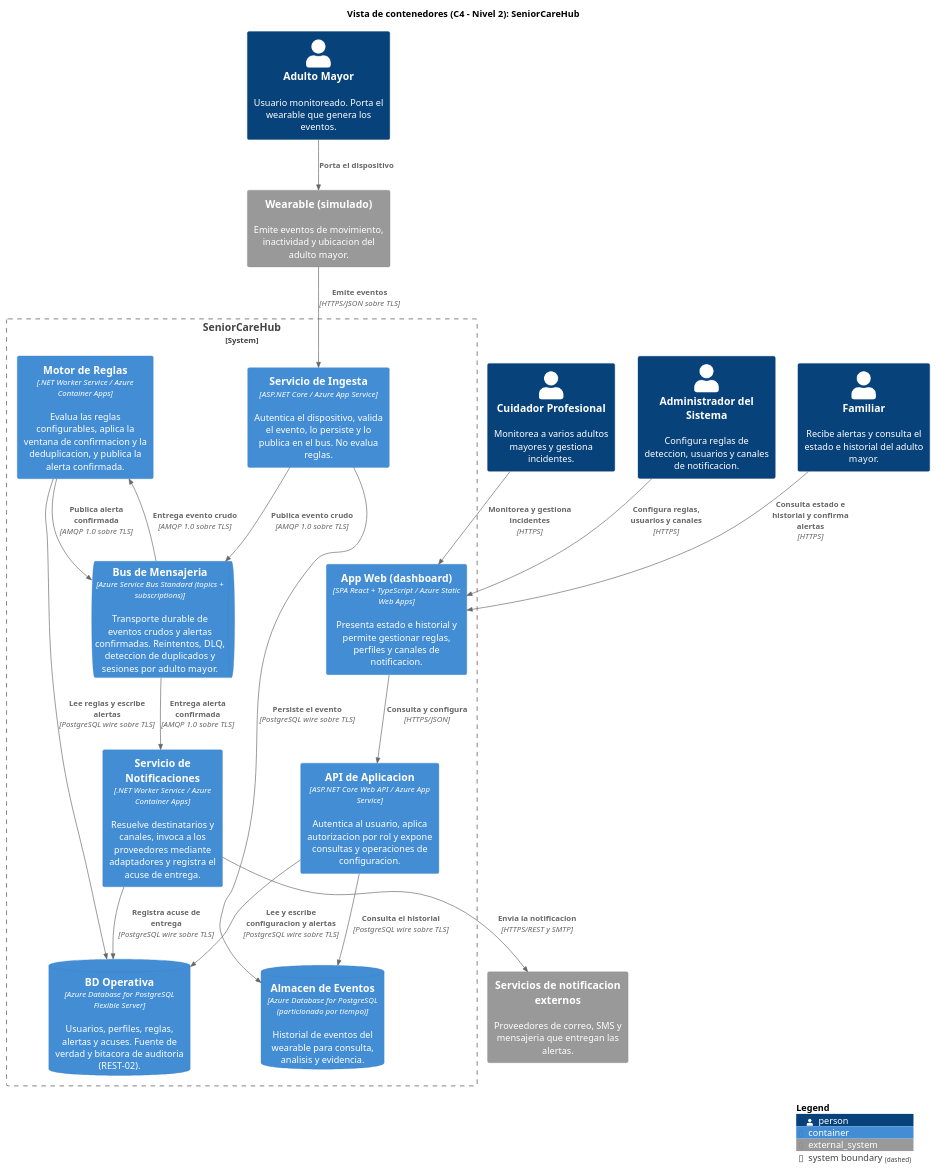
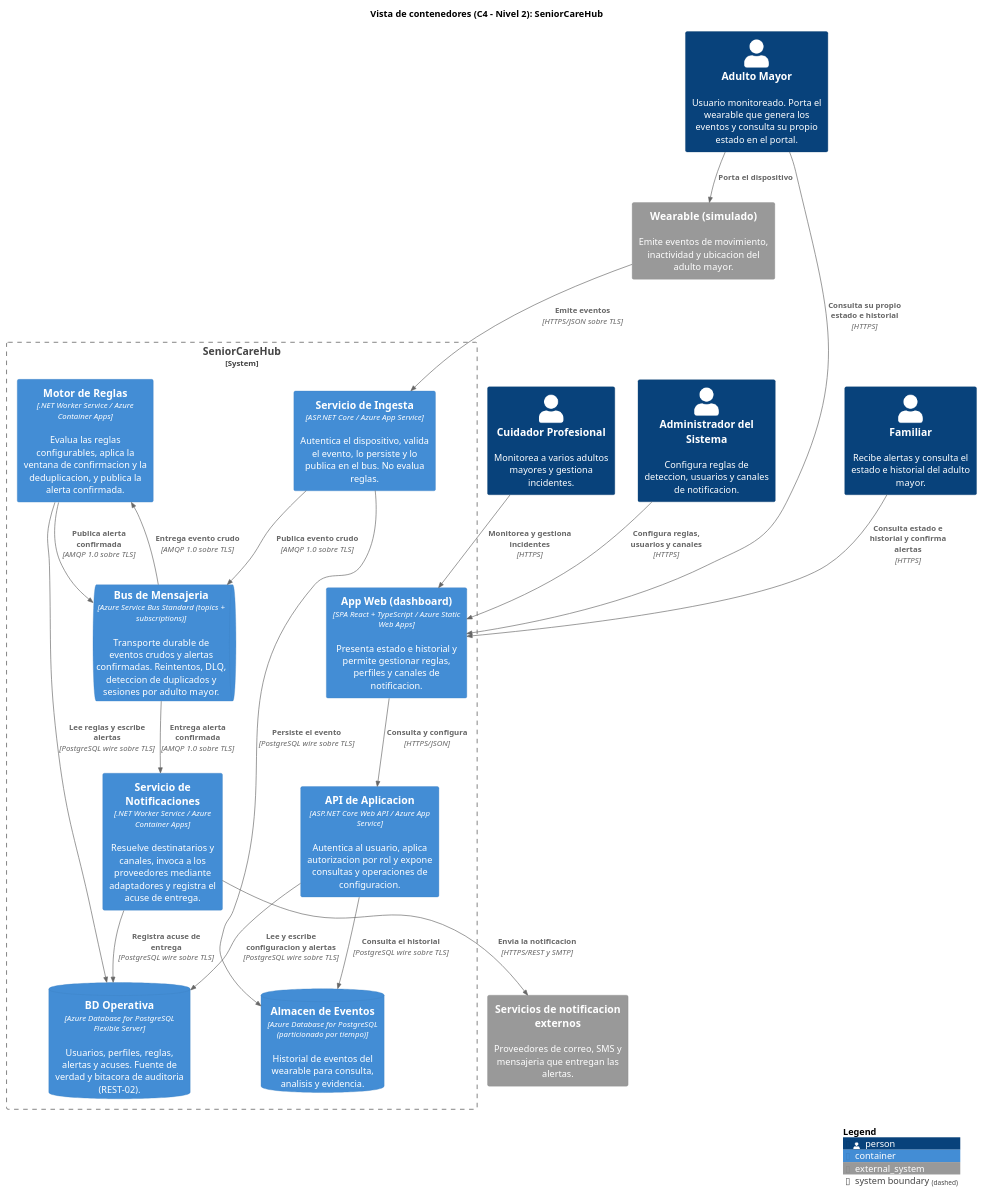
One commit to pswe04-seniorcarehub/pswe04-senior-care-hub-c2-2026 changed the diagram in diagramas/c4-contenedores.puml. Above: the diagram before and after it, drawn with PlantUML. The commit also changed 1 other file, not shown here.

Commit message:
docs(vista-contenedores): mejorar legibilidad del diagrama y corregir relacion del adulto mayor

```diff
--- a/diagramas/c4-contenedores.puml
+++ b/diagramas/c4-contenedores.puml
@@ -1,56 +1,57 @@
 @startuml c4-contenedores-seniorcarehub
 ' =====================================================================
 ' SeniorCareHub - Vista de contenedores (C4 - Nivel 2)
 ' PSWE-04 - Avance 2 (S11)
 ' Render: PlantUML + extension C4-PlantUML (se incluye de forma remota)
 ' =====================================================================
 !include https://raw.githubusercontent.com/plantuml-stdlib/C4-PlantUML/master/C4_Container.puml
 
 title Vista de contenedores (C4 - Nivel 2): SeniorCareHub
 
 ' ---------------------- Actores ----------------------
-Person(adultoMayor, "Adulto Mayor", "Usuario monitoreado. Porta el wearable que genera los eventos.")
+Person(adultoMayor, "Adulto Mayor", "Usuario monitoreado. Porta el wearable que genera los eventos y consulta su propio estado en el portal.")
 Person(familiar, "Familiar", "Recibe alertas y consulta el estado e historial del adulto mayor.")
 Person(cuidador, "Cuidador Profesional", "Monitorea a varios adultos mayores y gestiona incidentes.")
 Person(admin, "Administrador del Sistema", "Configura reglas de deteccion, usuarios y canales de notificacion.")
 
 ' ---------------------- Sistemas externos ----------------------
 System_Ext(wearable, "Wearable (simulado)", "Emite eventos de movimiento, inactividad y ubicacion del adulto mayor.")
 System_Ext(notif, "Servicios de notificacion externos", "Proveedores de correo, SMS y mensajeria que entregan las alertas.")
 
 ' ---------------------- Contenedores ----------------------
 System_Boundary(sch, "SeniorCareHub") {
     Container(webapp, "App Web (dashboard)", "SPA React + TypeScript / Azure Static Web Apps", "Presenta estado e historial y permite gestionar reglas, perfiles y canales de notificacion.")
     Container(api, "API de Aplicacion", "ASP.NET Core Web API / Azure App Service", "Autentica al usuario, aplica autorizacion por rol y expone consultas y operaciones de configuracion.")
     Container(ingesta, "Servicio de Ingesta", "ASP.NET Core / Azure App Service", "Autentica el dispositivo, valida el evento, lo persiste y lo publica en el bus. No evalua reglas.")
     ContainerQueue(bus, "Bus de Mensajeria", "Azure Service Bus Standard (topics + subscriptions)", "Transporte durable de eventos crudos y alertas confirmadas. Reintentos, DLQ, deteccion de duplicados y sesiones por adulto mayor.")
     Container(reglas, "Motor de Reglas", ".NET Worker Service / Azure Container Apps", "Evalua las reglas configurables, aplica la ventana de confirmacion y la deduplicacion, y publica la alerta confirmada.")
     Container(notificaciones, "Servicio de Notificaciones", ".NET Worker Service / Azure Container Apps", "Resuelve destinatarios y canales, invoca a los proveedores mediante adaptadores y registra el acuse de entrega.")
     ContainerDb(bdop, "BD Operativa", "Azure Database for PostgreSQL Flexible Server", "Usuarios, perfiles, reglas, alertas y acuses. Fuente de verdad y bitacora de auditoria (REST-02).")
     ContainerDb(bdev, "Almacen de Eventos", "Azure Database for PostgreSQL (particionado por tiempo)", "Historial de eventos del wearable para consulta, analisis y evidencia.")
 }
 
 ' ---------------------- Relaciones ----------------------
 Rel(adultoMayor, wearable, "Porta el dispositivo")
+Rel(adultoMayor, webapp, "Consulta su propio estado e historial", "HTTPS")
 Rel(wearable, ingesta, "Emite eventos", "HTTPS/JSON sobre TLS")
 
 Rel(familiar, webapp, "Consulta estado e historial y confirma alertas", "HTTPS")
 Rel(cuidador, webapp, "Monitorea y gestiona incidentes", "HTTPS")
 Rel(admin, webapp, "Configura reglas, usuarios y canales", "HTTPS")
 
 Rel(webapp, api, "Consulta y configura", "HTTPS/JSON")
 
 Rel(ingesta, bus, "Publica evento crudo", "AMQP 1.0 sobre TLS")
 Rel(bus, reglas, "Entrega evento crudo", "AMQP 1.0 sobre TLS")
 Rel(reglas, bus, "Publica alerta confirmada", "AMQP 1.0 sobre TLS")
 Rel(bus, notificaciones, "Entrega alerta confirmada", "AMQP 1.0 sobre TLS")
 Rel(notificaciones, notif, "Envia la notificacion", "HTTPS/REST y SMTP")
 
 Rel(api, bdop, "Lee y escribe configuracion y alertas", "PostgreSQL wire sobre TLS")
 Rel(reglas, bdop, "Lee reglas y escribe alertas", "PostgreSQL wire sobre TLS")
 Rel(notificaciones, bdop, "Registra acuse de entrega", "PostgreSQL wire sobre TLS")
 Rel(ingesta, bdev, "Persiste el evento", "PostgreSQL wire sobre TLS")
 Rel(api, bdev, "Consulta el historial", "PostgreSQL wire sobre TLS")
 
 SHOW_LEGEND()
 @enduml
```
